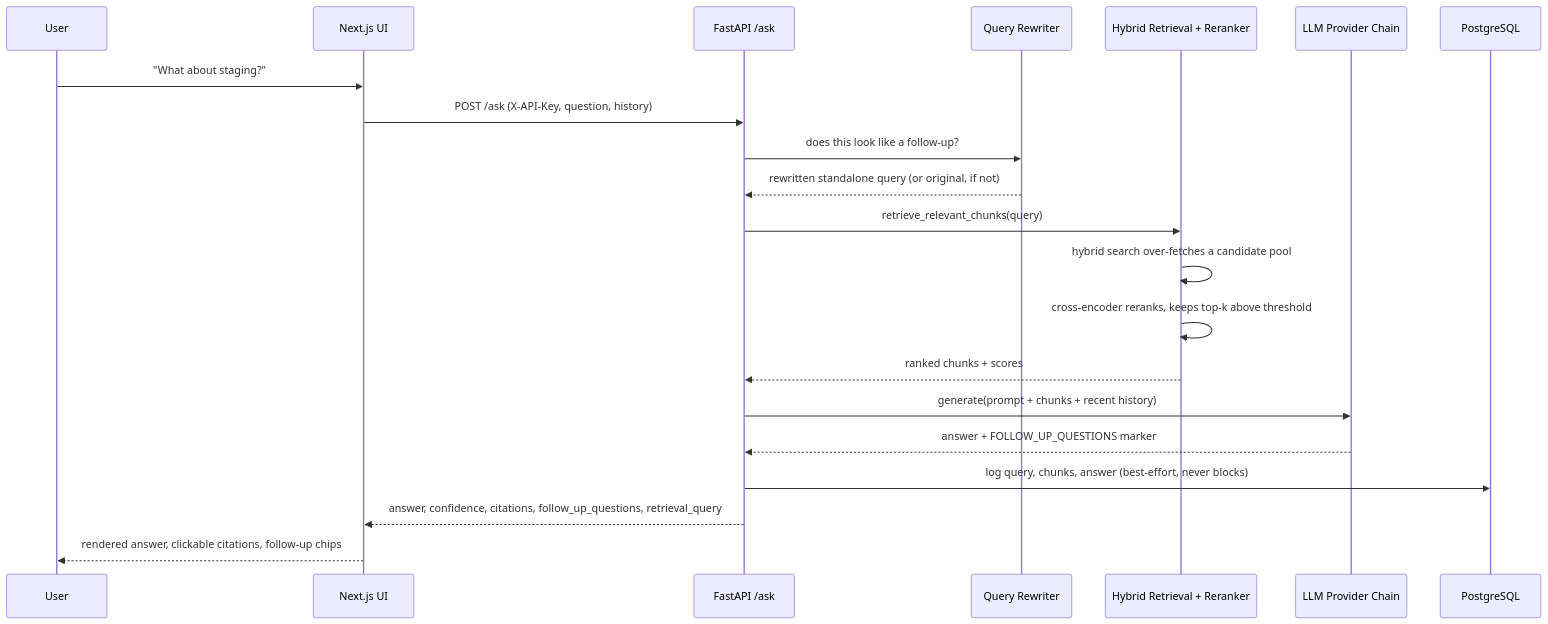
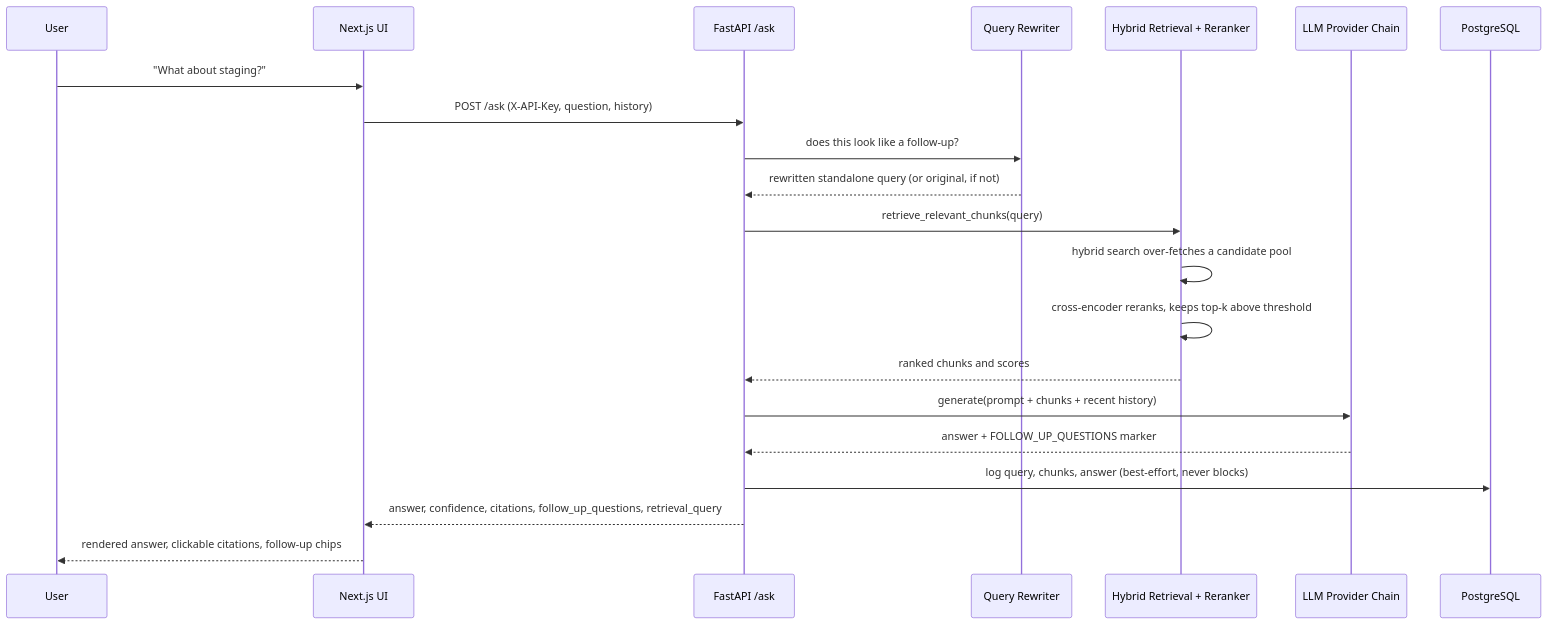
Before and after one commit to Ridadata/enterprise-rag-assistant: the second of 2 diagrams in README.md, drawn with Mermaid. The commit also changed other lines of this file, not shown here.

````diff
--- a/README.md
+++ b/README.md
@@ -186,24 +133,24 @@
 ```mermaid
 sequenceDiagram
     participant U as User
     participant W as Next.js UI
     participant A as FastAPI /ask
     participant Q as Query Rewriter
     participant R as Hybrid Retrieval + Reranker
     participant L as LLM Provider Chain
     participant P as PostgreSQL
 
     U->>W: "What about staging?"
     W->>A: POST /ask (X-API-Key, question, history)
     A->>Q: does this look like a follow-up?
     Q-->>A: rewritten standalone query (or original, if not)
     A->>R: retrieve_relevant_chunks(query)
     R->>R: hybrid search over-fetches a candidate pool
     R->>R: cross-encoder reranks, keeps top-k above threshold
-    R-->>A: ranked chunks + scores
+    R-->>A: ranked chunks and scores
     A->>L: generate(prompt + chunks + recent history)
     L-->>A: answer + FOLLOW_UP_QUESTIONS marker
     A->>P: log query, chunks, answer (best-effort, never blocks)
     A-->>W: answer, confidence, citations, follow_up_questions, retrieval_query
     W-->>U: rendered answer, clickable citations, follow-up chips
 ```
````
